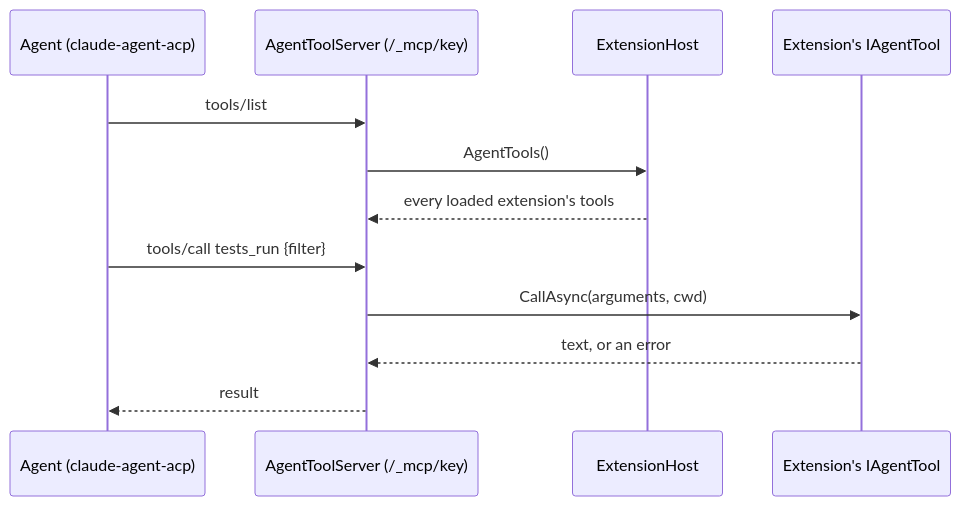
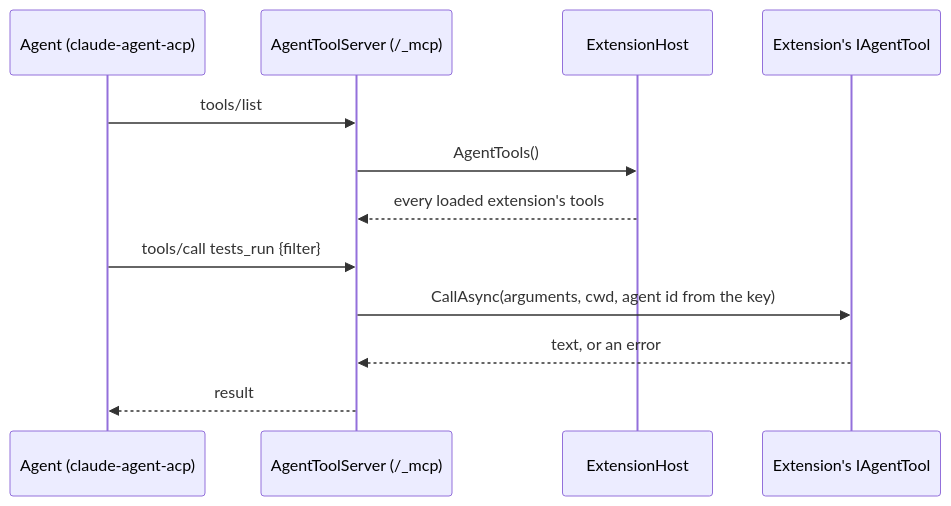
One commit to BradenTerry/Tog changed the third of 4 diagrams in docs/extensions.md. Above: the diagram before and after it, drawn with Mermaid. The commit also changed other lines of this file and 11 other files, not shown here.

First line of the commit message:
Give each agent its own MCP key (API 1.6)

````diff
--- a/docs/extensions.md
+++ b/docs/extensions.md
@@ -171,14 +171,14 @@
 ```mermaid
 sequenceDiagram
     participant A as Agent (claude-agent-acp)
-    participant S as AgentToolServer (/_mcp/key)
+    participant S as AgentToolServer (/_mcp)
     participant H as ExtensionHost
     participant T as Extension's IAgentTool
     A->>S: tools/list
     S->>H: AgentTools()
     H-->>S: every loaded extension's tools
     A->>S: tools/call tests_run {filter}
-    S->>T: CallAsync(arguments, cwd)
+    S->>T: CallAsync(arguments, cwd, agent id from the key)
     T-->>S: text, or an error
     S-->>A: result
 ```
````
